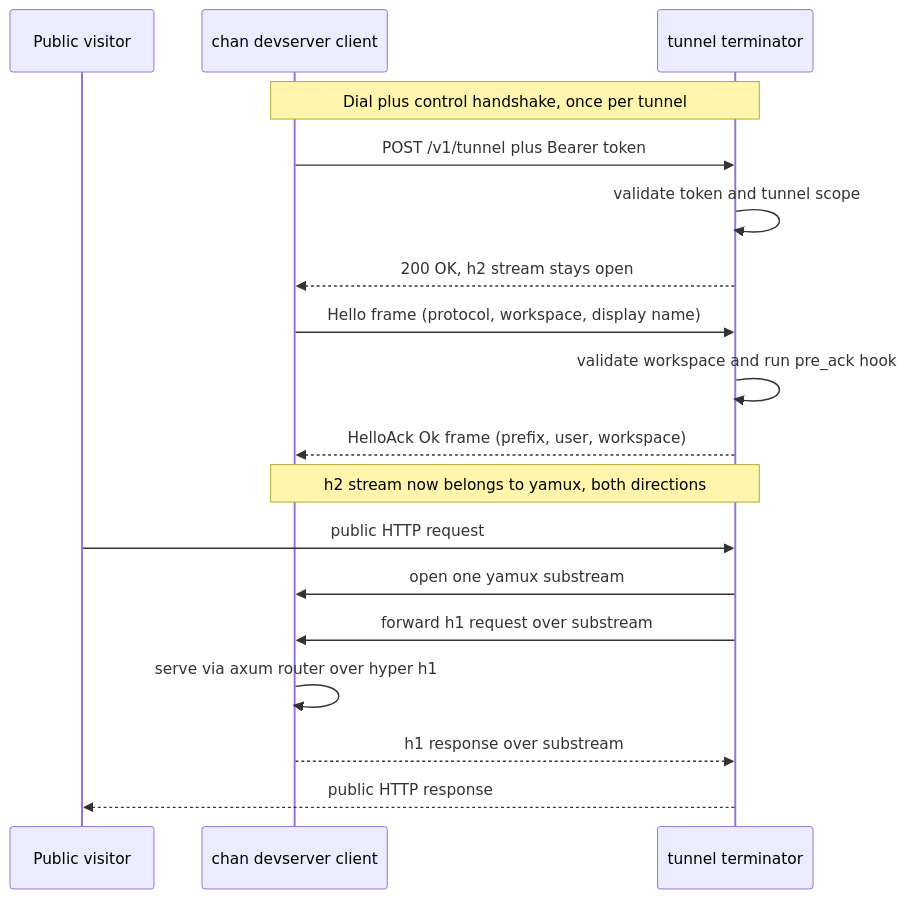
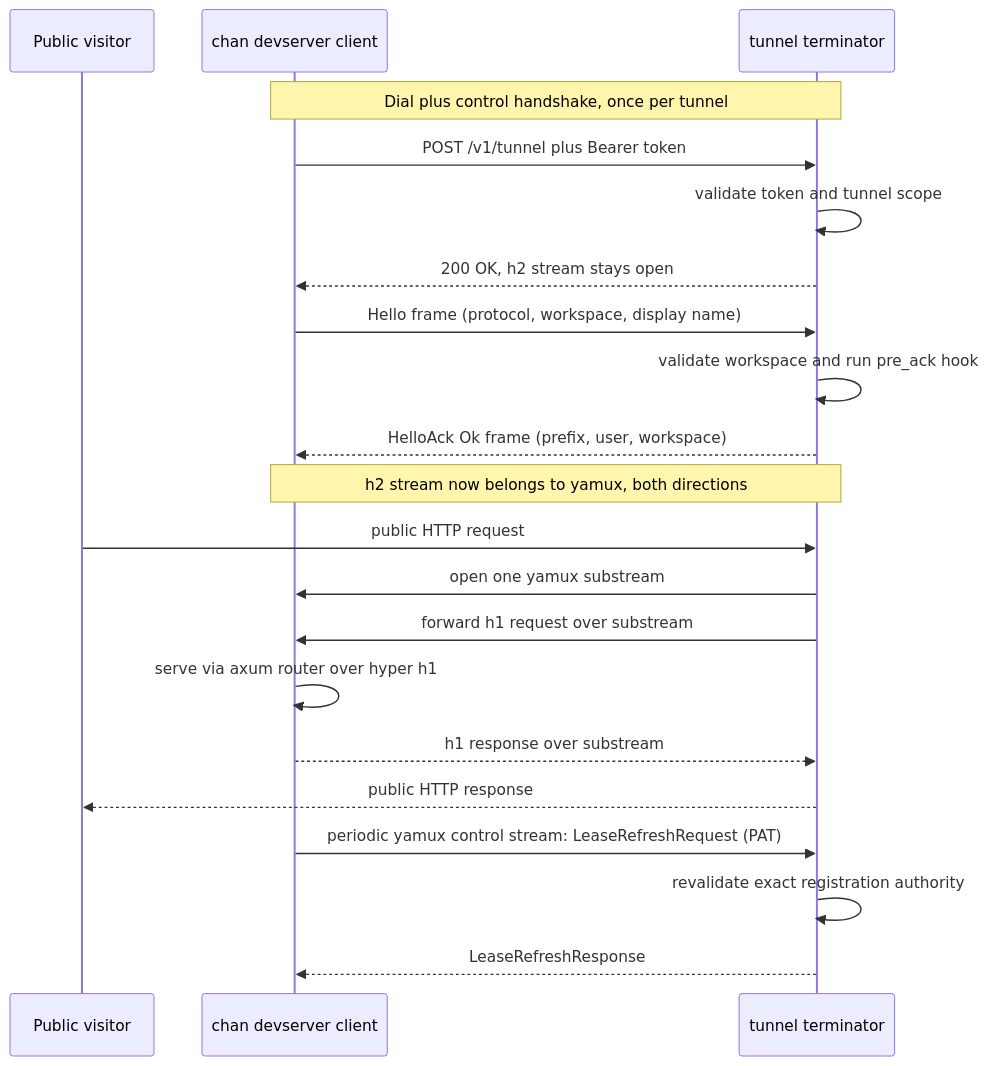
One commit to likewhatevs/chan changed the diagram in crates/chan-tunnel-proto/design.md. Above: the diagram before and after it, drawn with Mermaid. The commit also changed other lines of this file and 167 other files, not shown here.

````diff
--- a/crates/chan-tunnel-proto/design.md
+++ b/crates/chan-tunnel-proto/design.md
@@ -10,20 +10,23 @@
 ```mermaid
 sequenceDiagram
     participant V as Public visitor
     participant C as chan devserver client
     participant S as tunnel terminator
     Note over C,S: Dial plus control handshake, once per tunnel
     C->>S: POST /v1/tunnel plus Bearer token
     S->>S: validate token and tunnel scope
     S-->>C: 200 OK, h2 stream stays open
     C->>S: Hello frame (protocol, workspace, display name)
     S->>S: validate workspace and run pre_ack hook
     S-->>C: HelloAck Ok frame (prefix, user, workspace)
     Note over C,S: h2 stream now belongs to yamux, both directions
     V->>S: public HTTP request
     S->>C: open one yamux substream
     S->>C: forward h1 request over substream
     C->>C: serve via axum router over hyper h1
     C-->>S: h1 response over substream
     S-->>V: public HTTP response
+    C->>S: periodic yamux control stream: LeaseRefreshRequest (PAT)
+    S->>S: revalidate exact registration authority
+    S-->>C: LeaseRefreshResponse
 ```
````
